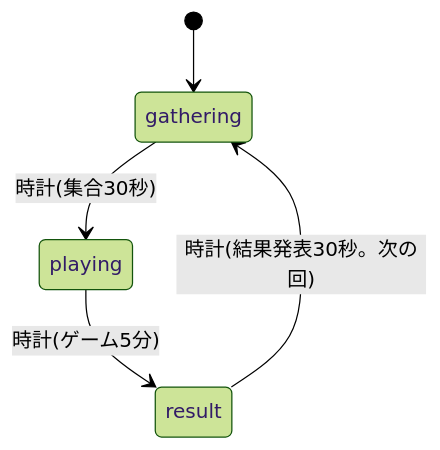
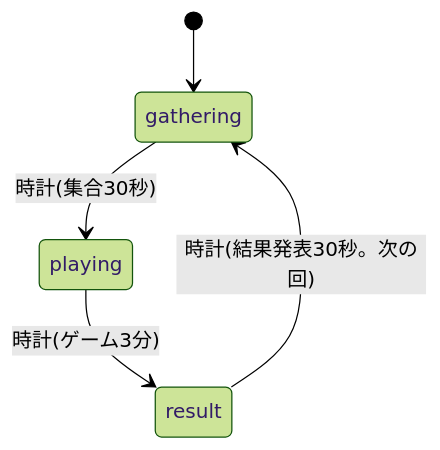
The diagram in docs/glossary.md (nogawa-asase/Number-Together), drawn with Mermaid (forest theme) before and after one commit. The commit also changed other lines of this file and 23 other files, not shown here.

````diff
--- a/docs/glossary.md
+++ b/docs/glossary.md
@@ -646,7 +646,7 @@
 ```mermaid
 stateDiagram-v2
     [*] --> gathering
     gathering --> playing: 時計(集合30秒)
-    playing --> result: 時計(ゲーム5分)
+    playing --> result: 時計(ゲーム3分)
     result --> gathering: 時計(結果発表30秒。次の回)
 ```
````
